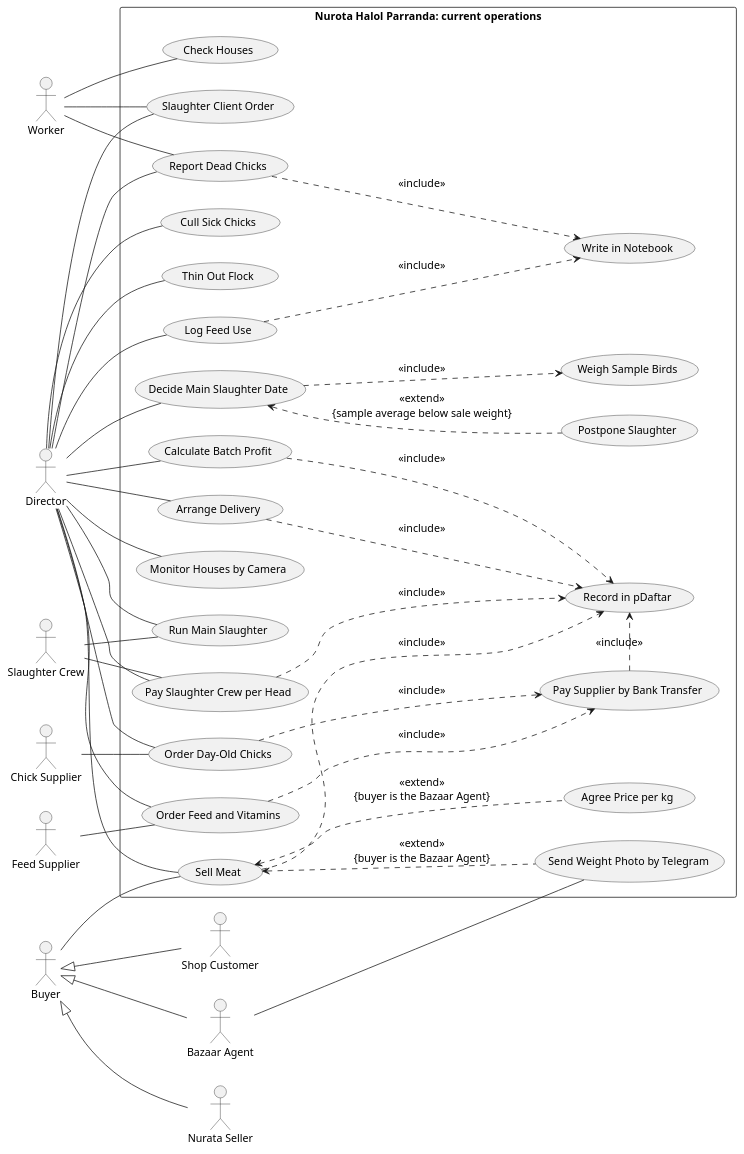
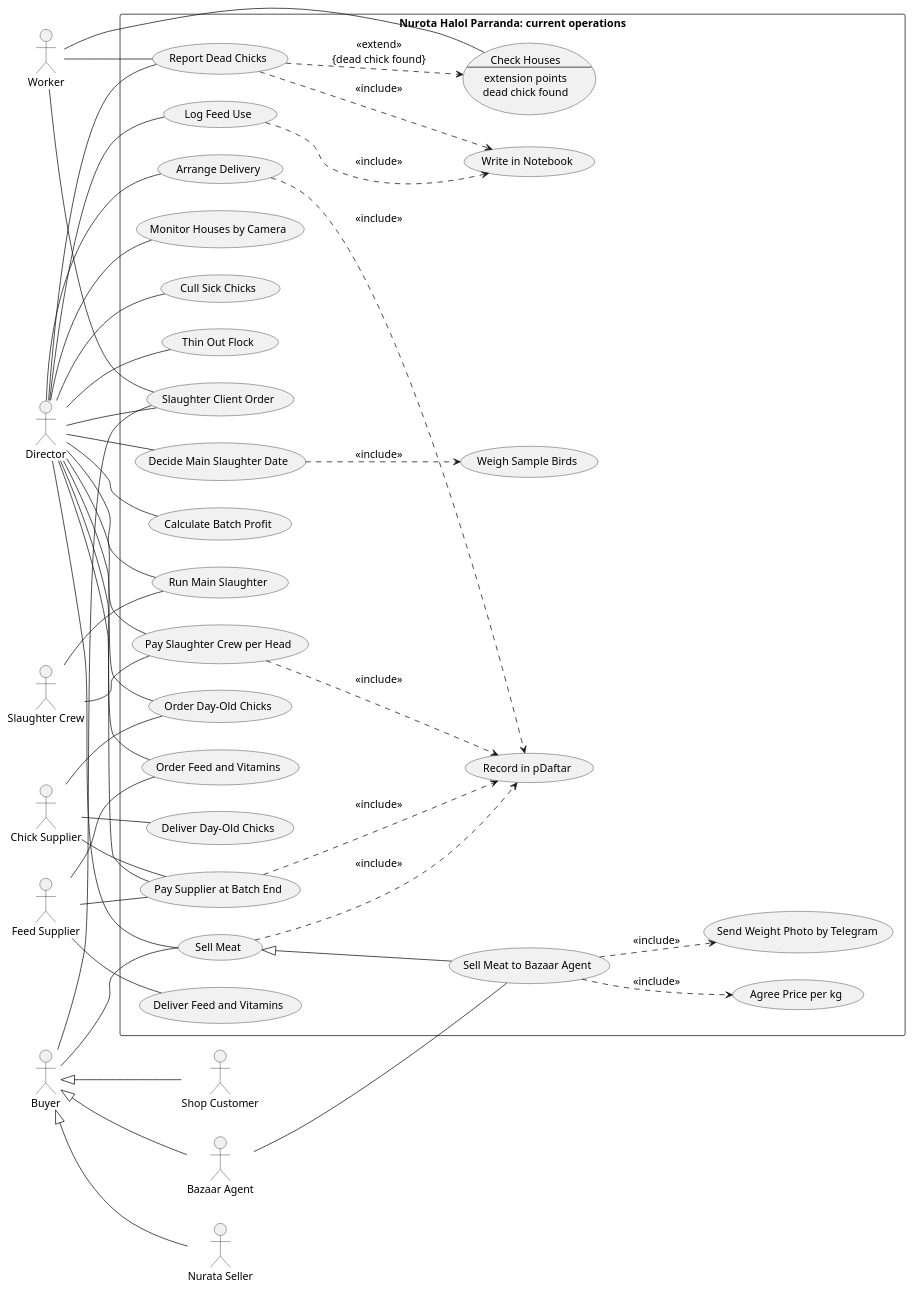
Before and after one commit to MuzaffarNurillaew/sad: the diagram in diagrams/use-case-diagram.puml, drawn with PlantUML. The commit also changed other lines of this file and 4 other files, not shown here.

First line of the commit message:
Rewrite use case diagram and use cases from confirmed farm answers

```diff
--- a/diagrams/use-case-diagram.puml
+++ b/diagrams/use-case-diagram.puml
@@ -5,78 +8,84 @@
 @startuml
 left to right direction
 skinparam packageStyle rectangle
 skinparam shadowing false
 skinparam defaultFontSize 14
 actor "Worker" as WK
 actor "Director" as DIR
 actor "Slaughter Crew" as CREW
 actor "Chick Supplier" as CSUP
 actor "Feed Supplier" as FSUP
 actor "Buyer" as BUY
 actor "Bazaar Agent" as BA
 actor "Nurata Seller" as NS
 actor "Shop Customer" as SHC
 rectangle "Nurota Halol Parranda: current operations" {
-  usecase "Check Houses" as CH
+  usecase "Check Houses\n--\nextension points\ndead chick found" as CH
   usecase "Report Dead Chicks" as RD
   usecase "Log Feed Use" as LF
   usecase "Write in Notebook" as NB
   usecase "Monitor Houses by Camera" as MC
   usecase "Cull Sick Chicks" as CS
   usecase "Thin Out Flock" as TF
   usecase "Slaughter Client Order" as SC
   usecase "Decide Main Slaughter Date" as DS
   usecase "Weigh Sample Birds" as WS
-  usecase "Postpone Slaughter" as PS
   usecase "Run Main Slaughter" as MS
   usecase "Order Day-Old Chicks" as OC
+  usecase "Deliver Day-Old Chicks" as DC
   usecase "Order Feed and Vitamins" as OF
-  usecase "Pay Supplier by Bank Transfer" as PY
+  usecase "Deliver Feed and Vitamins" as DF
+  usecase "Pay Supplier at Batch End" as PY
   usecase "Pay Slaughter Crew per Head" as PC
   usecase "Record in pDaftar" as PD
   usecase "Calculate Batch Profit" as CP
   usecase "Arrange Delivery" as AD
   usecase "Sell Meat" as SM
+  usecase "Sell Meat to Bazaar Agent" as SMBA
   usecase "Agree Price per kg" as AP
   usecase "Send Weight Photo by Telegram" as WP
 }
 WK -- CH
+WK -- SC
 WK -- RD
-WK -- SC
 DIR -- RD
 DIR -- LF
 DIR -- MC
 DIR -- OC
 DIR -- OF
+DIR -- PY
 DIR -- SC
 DIR -- CS
 DIR -- TF
 DIR -- DS
 DIR -- MS
 DIR -- PC
 DIR -- AD
 DIR -- SM
 DIR -- CP
+RD ..> CH : <<extend>>\n{dead chick found}
 RD ..> NB : <<include>>
 LF ..> NB : <<include>>
-OC ..> PY : <<include>>
-OF ..> PY : <<include>>
-PY .> PD : <<include>>
+PY ..> PD : <<include>>
 PC ..> PD : <<include>>
 AD ..> PD : <<include>>
 SM ..> PD : <<include>>
-CP ..> PD : <<include>>
 DS ..> WS : <<include>>
-DS <.. PS : <<extend>>\n{sample average below sale weight}
-SM <.. AP : <<extend>>\n{buyer is the Bazaar Agent}
-SM <.. WP : <<extend>>\n{buyer is the Bazaar Agent}
+SM <|-- SMBA
+SMBA ..> AP : <<include>>
+SMBA ..> WP : <<include>>
 CSUP -- OC
+CSUP -- DC
+CSUP -- PY
 FSUP -- OF
+FSUP -- DF
+FSUP -- PY
 CREW -- MS
 CREW -- PC
 BUY -- SM
-BA -- WP
+BUY -- SC
+BA -- SMBA
 BUY <|-- BA
 BUY <|-- NS
 BUY <|-- SHC
 @enduml
```
